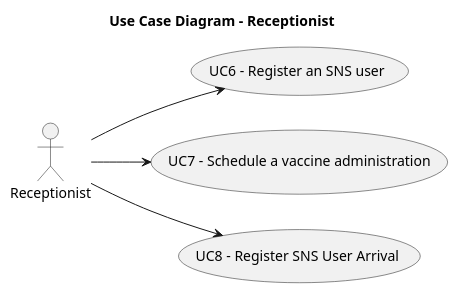
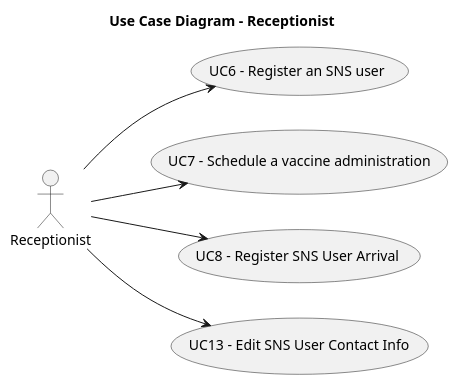
One commit to Andre-1240567/fsoft2026_1DD_1 changed the diagram in Documentation/global-artifacts/puml/UCD_Receptionist.puml. Above: the diagram before and after it, drawn with PlantUML. The commit also changed 46 other files, not shown here.

```diff
--- a/Documentation/global-artifacts/puml/UCD_Receptionist.puml
+++ b/Documentation/global-artifacts/puml/UCD_Receptionist.puml
@@ -1,15 +1,17 @@
 @startuml UCD_Receptionist
 title Use Case Diagram - Receptionist
 left to right direction
 
 actor "Receptionist" as Rec
 
     usecase "UC6 - Register an SNS user" as UC6
     usecase "UC7 - Schedule a vaccine administration" as UC7
     usecase "UC8 - Register SNS User Arrival" as UC8
+    usecase "UC13 - Edit SNS User Contact Info" as UC13
 
 
 Rec --> UC6
 Rec --> UC7
 Rec --> UC8
+Rec --> UC13
 @enduml
```
